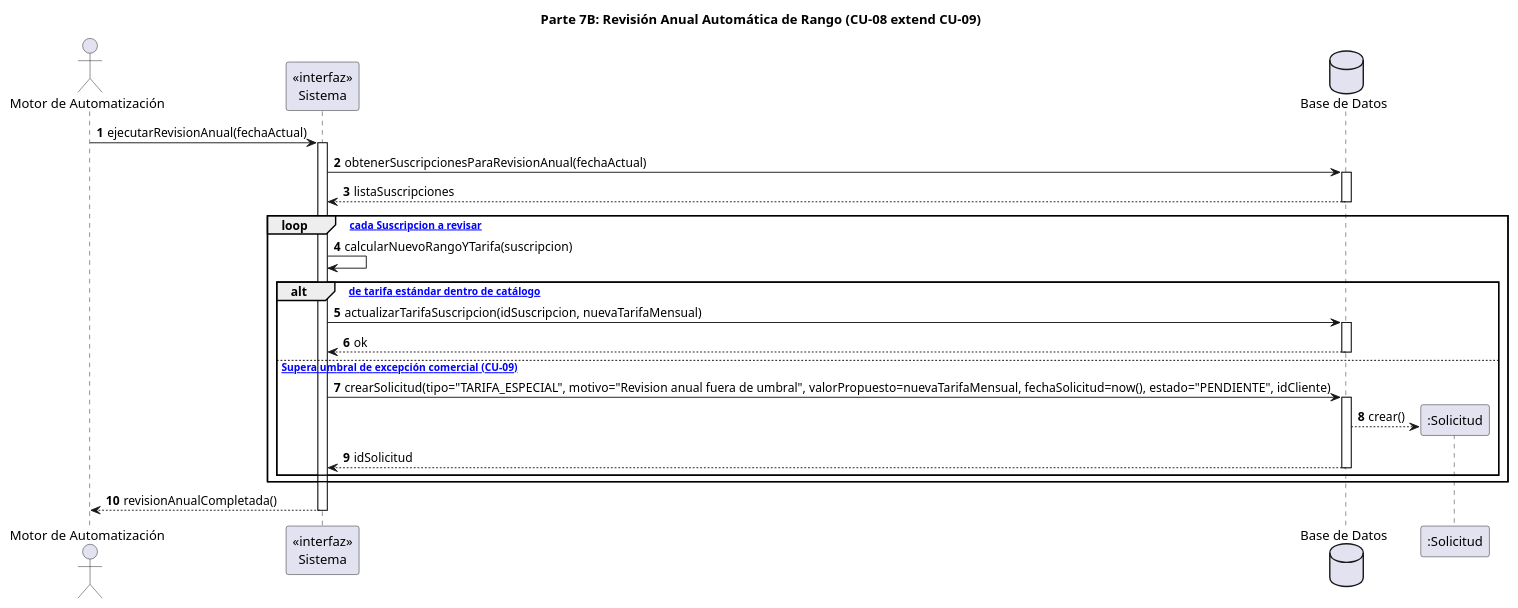
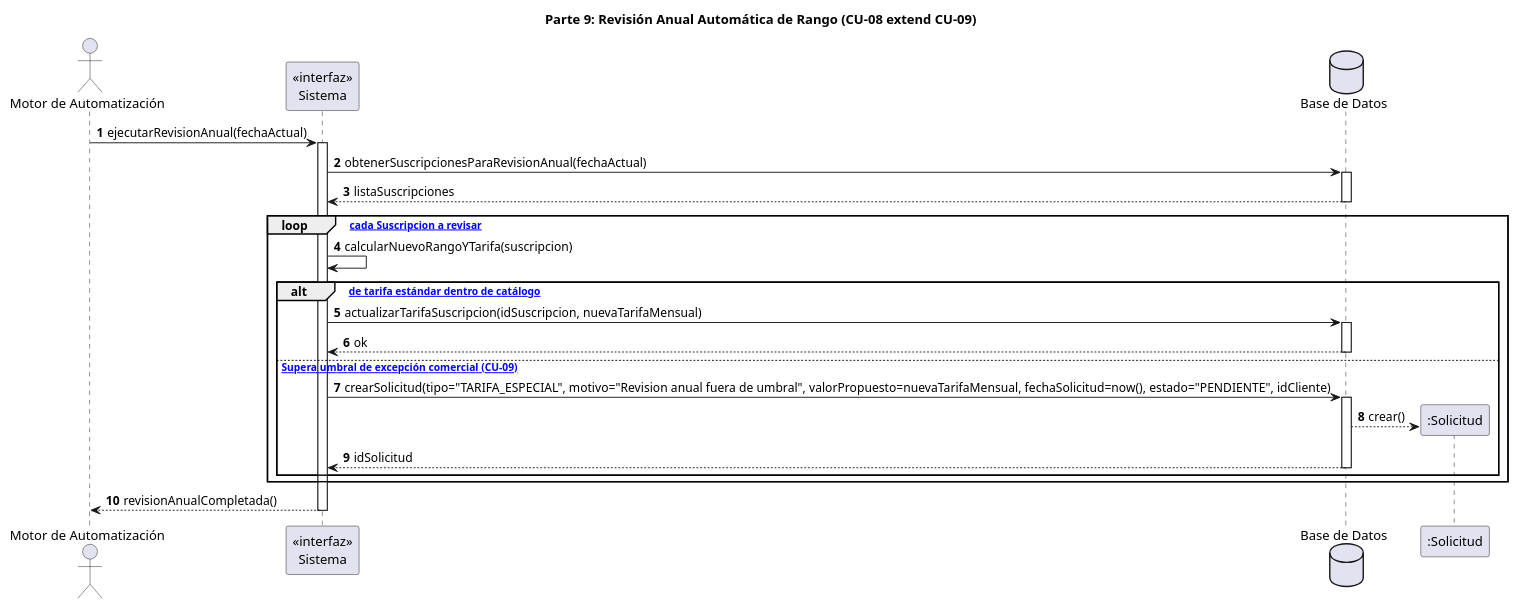
Before and after one commit to Ragavez/TurbineHuclides: the ninth of 13 diagrams in Parcial 2/DiagramaSecuenciaUML/diagramas_de_secuencia_Codigo.md, drawn with PlantUML. The commit also changed other lines of this file, not shown here.

Commit message:
Corrección código parte 6

````diff
--- a/Parcial 2/DiagramaSecuenciaUML/diagramas_de_secuencia_Codigo.md
+++ b/Parcial 2/DiagramaSecuenciaUML/diagramas_de_secuencia_Codigo.md
@@ -701,39 +701,39 @@
 ```plantuml
 @startuml
 autonumber
-title Parte 7B: Revisión Anual Automática de Rango (CU-08 extend CU-09)
+title Parte 9: Revisión Anual Automática de Rango (CU-08 extend CU-09)
 
 actor "Motor de Automatización" as Motor
 participant "«interfaz»\nSistema" as Sistema
 database "Base de Datos" as BD
 
 Motor -> Sistema : ejecutarRevisionAnual(fechaActual)
 activate Sistema
 
 Sistema -> BD : obtenerSuscripcionesParaRevisionAnual(fechaActual)
 activate BD
 BD --> Sistema : listaSuscripciones
 deactivate BD
 
 loop [Para cada Suscripcion a revisar]
     Sistema -> Sistema : calcularNuevoRangoYTarifa(suscripcion)
 
     alt [Cambio de tarifa estándar dentro de catálogo]
         Sistema -> BD : actualizarTarifaSuscripcion(idSuscripcion, nuevaTarifaMensual)
         activate BD
         BD --> Sistema : ok
         deactivate BD
     else [<<extend>> Supera umbral de excepción comercial (CU-09)]
         Sistema -> BD : crearSolicitud(tipo="TARIFA_ESPECIAL", motivo="Revision anual fuera de umbral", valorPropuesto=nuevaTarifaMensual, fechaSolicitud=now(), estado="PENDIENTE", idCliente)
         activate BD
         create participant ":Solicitud" as SolAnual
         BD --> SolAnual : crear()
         BD --> Sistema : idSolicitud
         deactivate BD
     end
 end
 
 Sistema --> Motor : revisionAnualCompletada()
 deactivate Sistema
 @enduml
 ```
````
